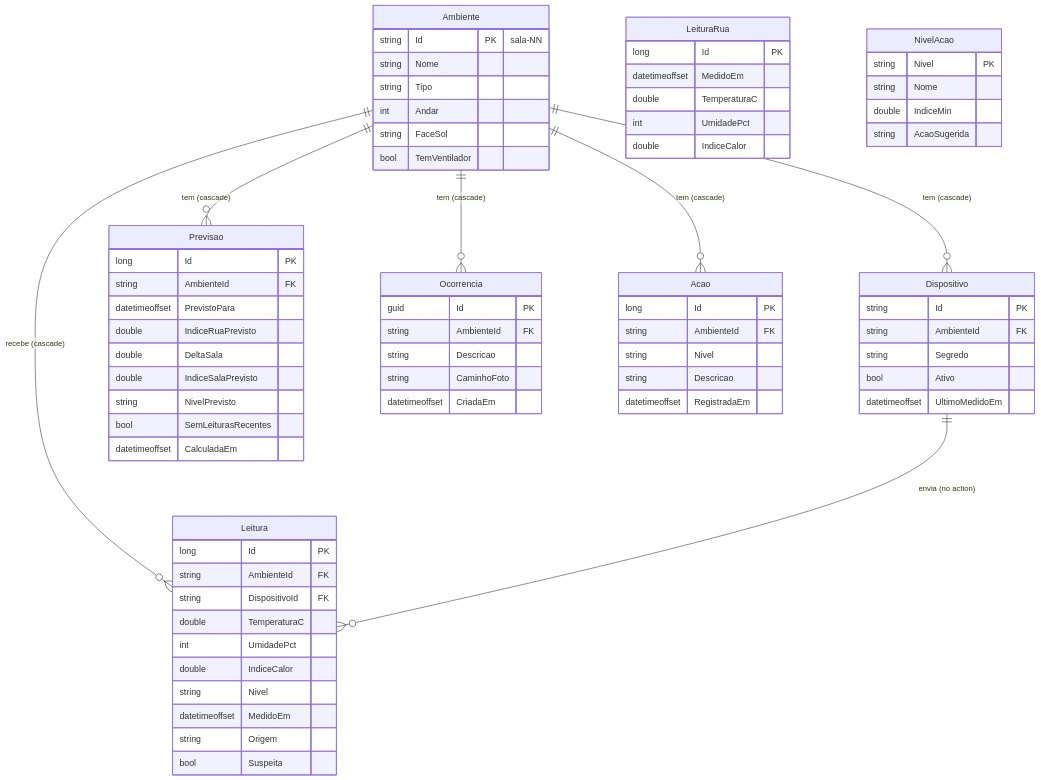
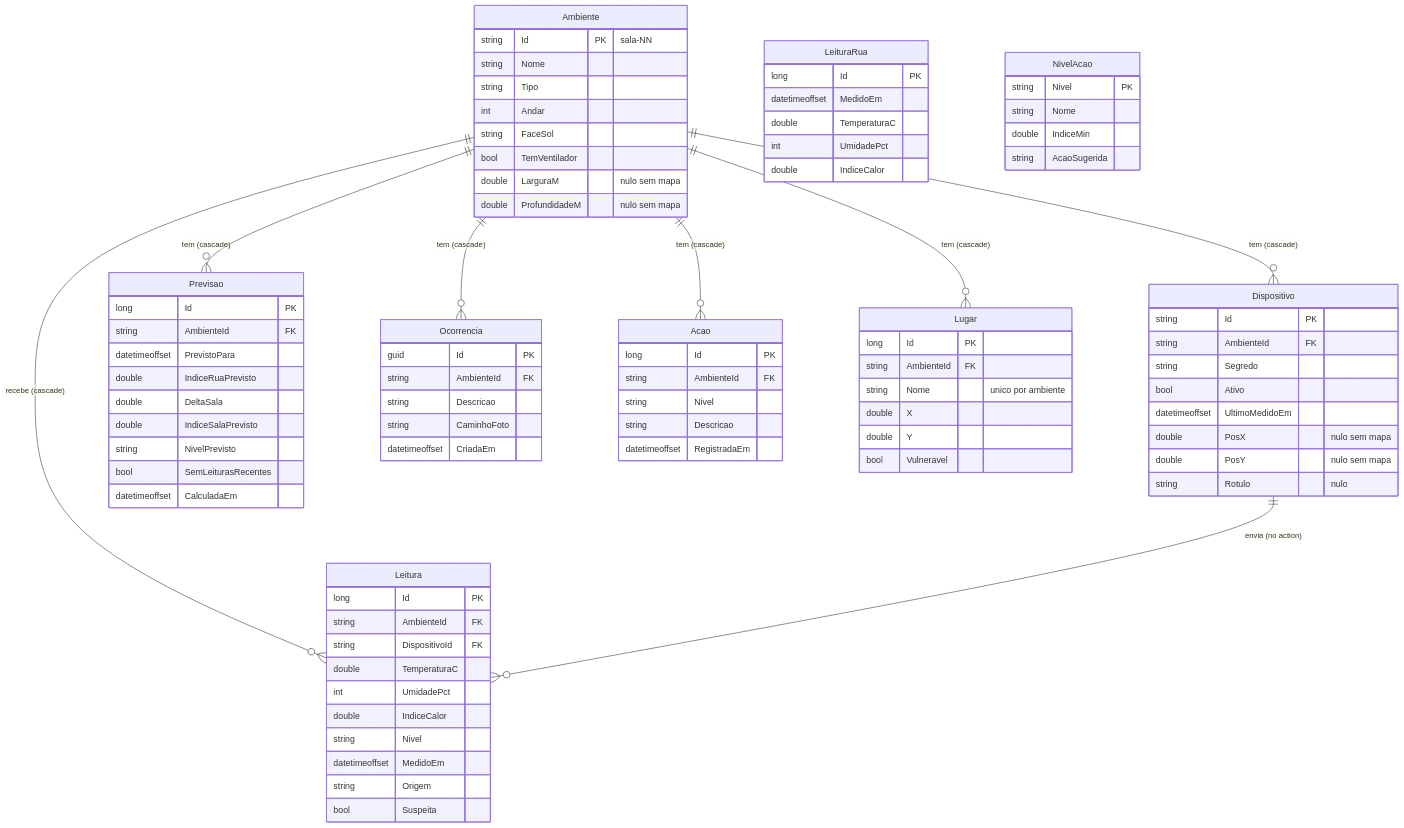
Before and after one commit to sbaecker2005/termometro-da-sala: the diagram in api/README.md, drawn with Mermaid. The commit also changed other lines of this file and 58 other files, not shown here.

```diff
--- a/api/README.md
+++ b/api/README.md
@@ -158,6 +161,7 @@
     Ambiente ||--o{ Previsao : "tem (cascade)"
     Ambiente ||--o{ Ocorrencia : "tem (cascade)"
     Ambiente ||--o{ Acao : "tem (cascade)"
+    Ambiente ||--o{ Lugar : "tem (cascade)"
 
     Ambiente {
         string Id PK "sala-NN"
@@ -166,6 +170,8 @@
         int Andar
         string FaceSol
         bool TemVentilador
+        double LarguraM "nulo sem mapa"
+        double ProfundidadeM "nulo sem mapa"
     }
     Dispositivo {
         string Id PK
@@ -173,6 +179,9 @@
         string Segredo
         bool Ativo
         datetimeoffset UltimoMedidoEm
+        double PosX "nulo sem mapa"
+        double PosY "nulo sem mapa"
+        string Rotulo "nulo"
     }
     Leitura {
         long Id PK
@@ -211,6 +220,14 @@
         string Descricao
         datetimeoffset RegistradaEm
     }
+    Lugar {
+        long Id PK
+        string AmbienteId FK
+        string Nome "unico por ambiente"
+        double X
+        double Y
+        bool Vulneravel
+    }
     LeituraRua {
         long Id PK
         datetimeoffset MedidoEm
```
